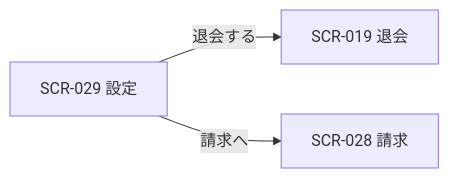
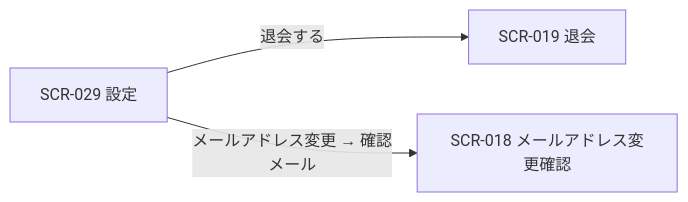
The diagram in 02_basic_design/01_frontend/01_screens/SCR-029.md (sikakou54/open-faq), drawn with Mermaid before and after one commit. The commit also changed other lines of this file and 294 other files, not shown here.

````diff
--- a/02_basic_design/01_frontend/01_screens/SCR-029.md
+++ b/02_basic_design/01_frontend/01_screens/SCR-029.md
@@ -24,8 +24,8 @@
 ```mermaid
 flowchart LR
   S23["SCR-029 設定"]
   S14["SCR-019 退会"]
-  S22["SCR-028 請求"]
+  S18["SCR-018 メールアドレス変更確認"]
   S23 -->|退会する| S14
-  S23 -->|請求へ| S22
+  S23 -->|メールアドレス変更 → 確認メール| S18
 ```
````
